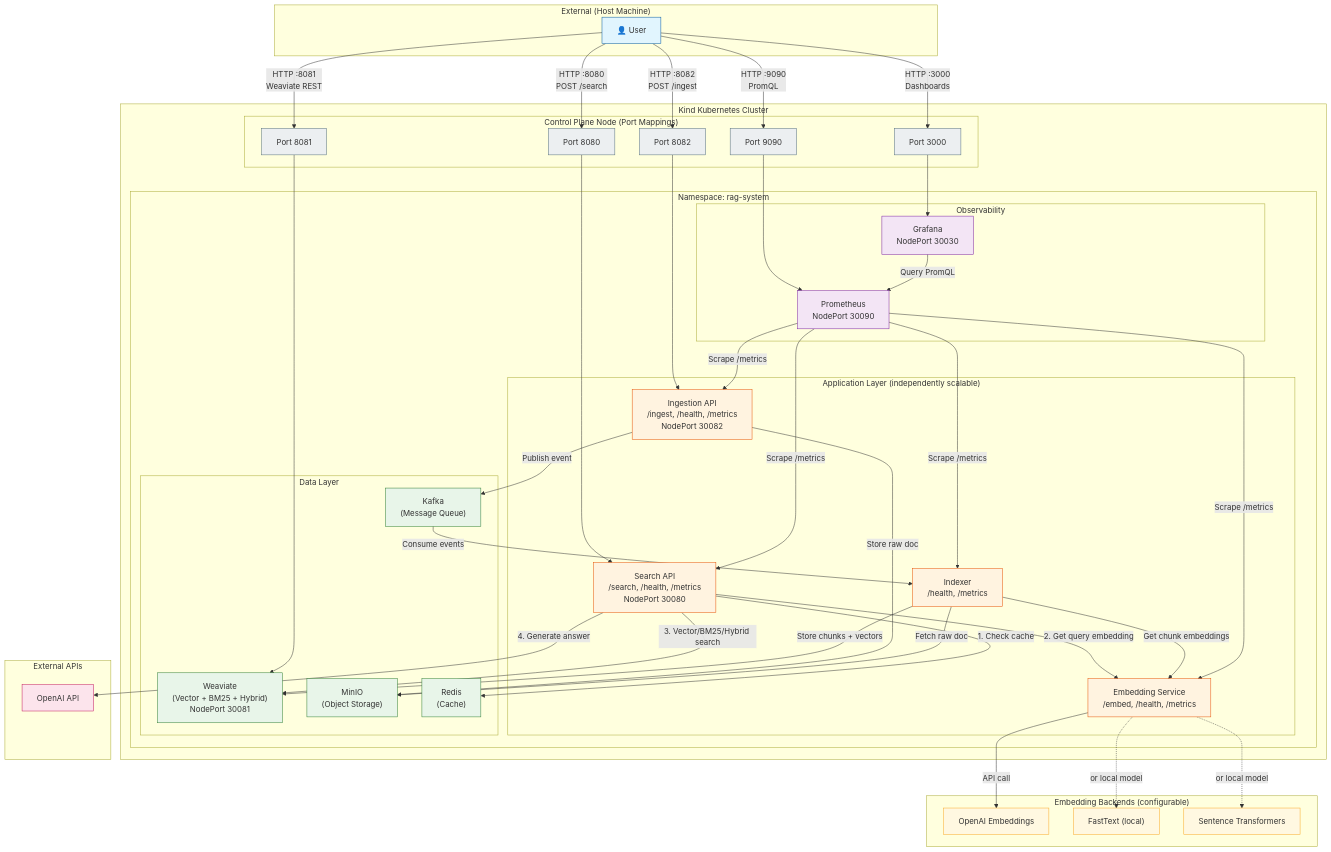
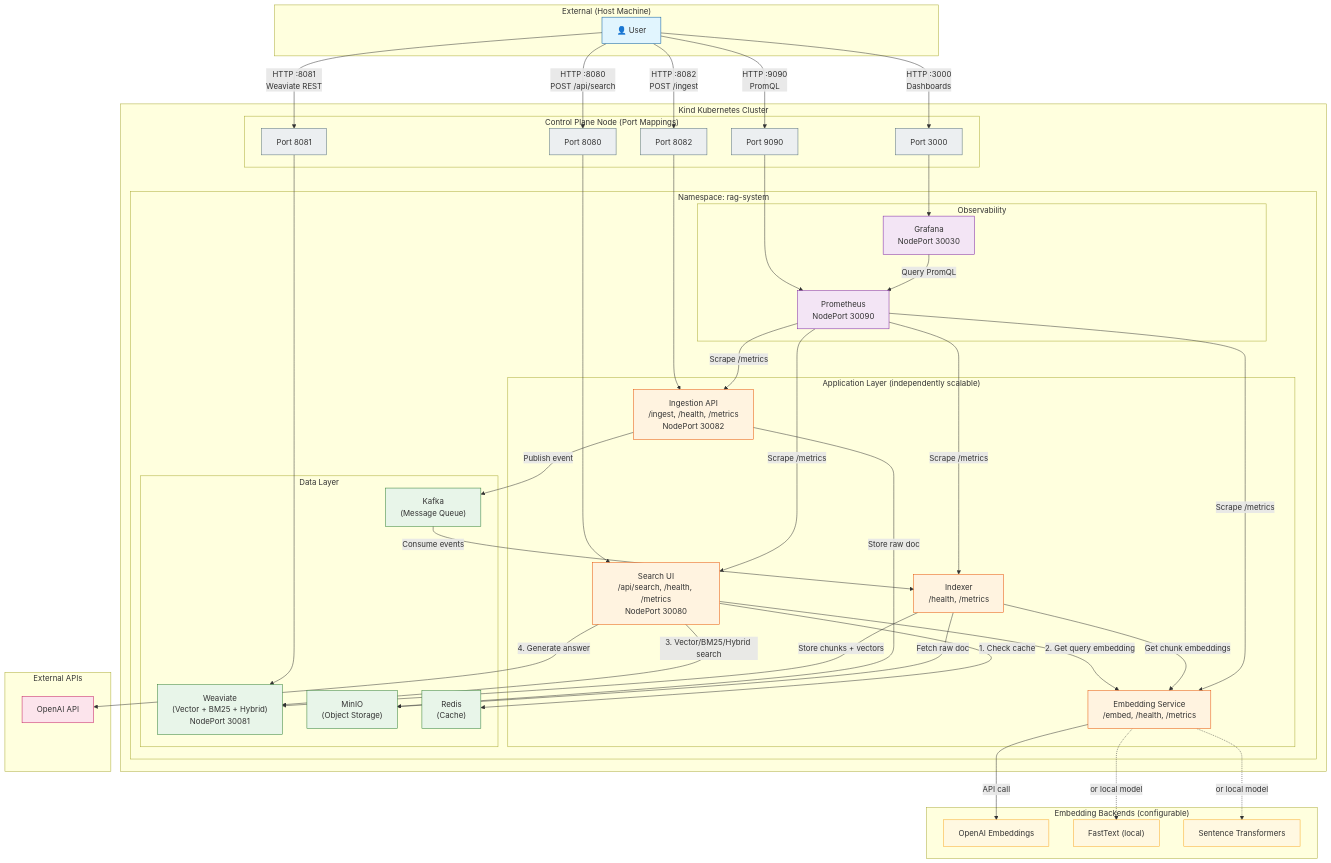
The diagram in docs/SYSTEM-DIAGRAM.md (florianbuetow/x-rag), drawn with Mermaid before and after one commit. The commit also changed other lines of this file and 15 other files, not shown here.

```diff
--- a/docs/SYSTEM-DIAGRAM.md
+++ b/docs/SYSTEM-DIAGRAM.md
@@ -16,7 +16,7 @@
         subgraph RagSystem["Namespace: rag-system"]
             
             subgraph AppLayer["Application Layer (independently scalable)"]
-                SearchAPI["Search API<br/>/search, /health, /metrics<br/>NodePort 30080"]
+                SearchUI["Search UI<br/>/api/search, /health, /metrics<br/>NodePort 30080"]
                 IngestAPI["Ingestion API<br/>/ingest, /health, /metrics<br/>NodePort 30082"]
                 EmbeddingService["Embedding Service<br/>/embed, /health, /metrics"]
                 Indexer["Indexer<br/>/health, /metrics"]
@@ -47,24 +47,24 @@
     end
 
     %% User connections through port mappings
-    User -->|"HTTP :8080<br/>POST /search"| PM8080
+    User -->|"HTTP :8080<br/>POST /api/search"| PM8080
     User -->|"HTTP :8082<br/>POST /ingest"| PM8082
     User -->|"HTTP :8081<br/>Weaviate REST"| PM8081
     User -->|"HTTP :3000<br/>Dashboards"| PM3000
     User -->|"HTTP :9090<br/>PromQL"| PM9090
 
     %% Port mappings to services
-    PM8080 --> SearchAPI
+    PM8080 --> SearchUI
     PM8082 --> IngestAPI
     PM8081 --> Weaviate
     PM3000 --> Grafana
     PM9090 --> Prometheus
 
     %% Search flow
-    SearchAPI -->|"1. Check cache"| Redis
-    SearchAPI -->|"2. Get query embedding"| EmbeddingService
-    SearchAPI -->|"3. Vector/BM25/Hybrid search"| Weaviate
-    SearchAPI -->|"4. Generate answer"| OpenAI
+    SearchUI -->|"1. Check cache"| Redis
+    SearchUI -->|"2. Get query embedding"| EmbeddingService
+    SearchUI -->|"3. Vector/BM25/Hybrid search"| Weaviate
+    SearchUI -->|"4. Generate answer"| OpenAI
 
     %% Ingestion flow
     IngestAPI -->|"Store raw doc"| MinIO
@@ -81,7 +81,7 @@
     EmbeddingService -.->|"or local model"| SentenceTrans
 
     %% Observability - scrape all services
-    Prometheus -->|"Scrape /metrics"| SearchAPI
+    Prometheus -->|"Scrape /metrics"| SearchUI
     Prometheus -->|"Scrape /metrics"| IngestAPI
     Prometheus -->|"Scrape /metrics"| EmbeddingService
     Prometheus -->|"Scrape /metrics"| Indexer
@@ -97,7 +97,7 @@
     classDef backend fill:#fff8e1,stroke:#f9a825
 
     class User external
-    class SearchAPI,IngestAPI,EmbeddingService,Indexer app
+    class SearchUI,IngestAPI,EmbeddingService,Indexer app
     class Weaviate,Kafka,MinIO,Redis data
     class Prometheus,Grafana obs
     class OpenAI extapi
```
